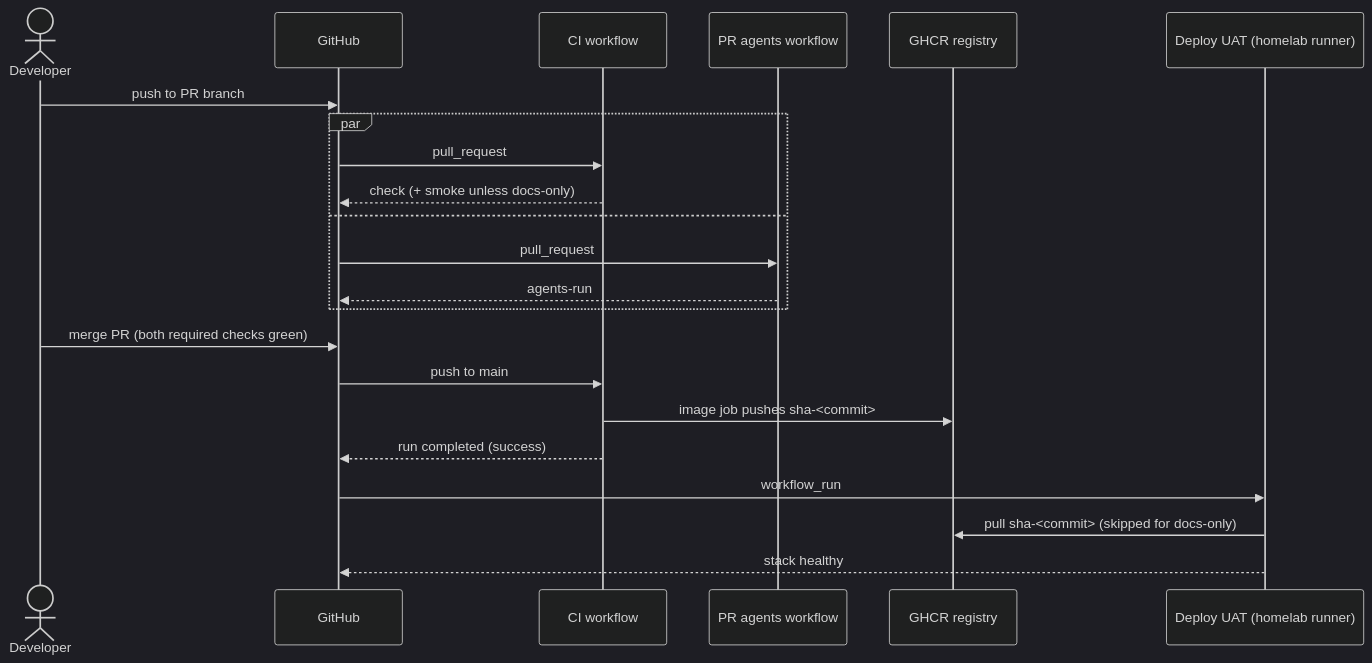
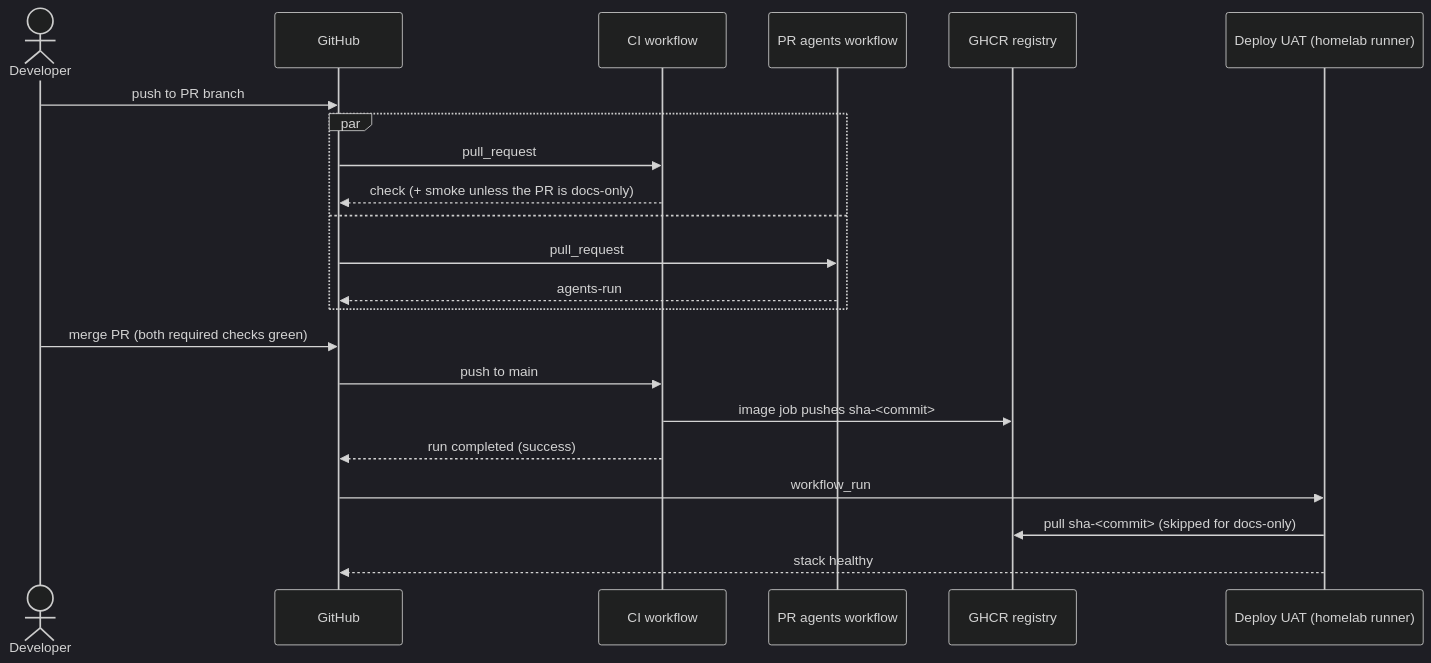
The second of 2 diagrams in docs/guides/ci-workflows.md (hoanghaithanh/sec-holdings-lakehouse), drawn with Mermaid (dark theme) before and after one commit. The commit also changed other lines of this file and 1 other file, not shown here.

First line of the commit message:
ci: run smoke on every main push and treat README.md as code

````diff
--- a/docs/guides/ci-workflows.md
+++ b/docs/guides/ci-workflows.md
@@ -81,25 +88,25 @@
 ```mermaid
 sequenceDiagram
     actor Dev as Developer
     participant GH as GitHub
     participant CI as CI workflow
     participant PA as PR agents workflow
     participant GHCR as GHCR registry
     participant UAT as Deploy UAT (homelab runner)
 
     Dev->>GH: push to PR branch
     par
         GH->>CI: pull_request
-        CI-->>GH: check (+ smoke unless docs-only)
+        CI-->>GH: check (+ smoke unless the PR is docs-only)
     and
         GH->>PA: pull_request
         PA-->>GH: agents-run
     end
     Dev->>GH: merge PR (both required checks green)
     GH->>CI: push to main
     CI->>GHCR: image job pushes sha-<commit>
     CI-->>GH: run completed (success)
     GH->>UAT: workflow_run
     UAT->>GHCR: pull sha-<commit> (skipped for docs-only)
     UAT-->>GH: stack healthy
 ```
````
